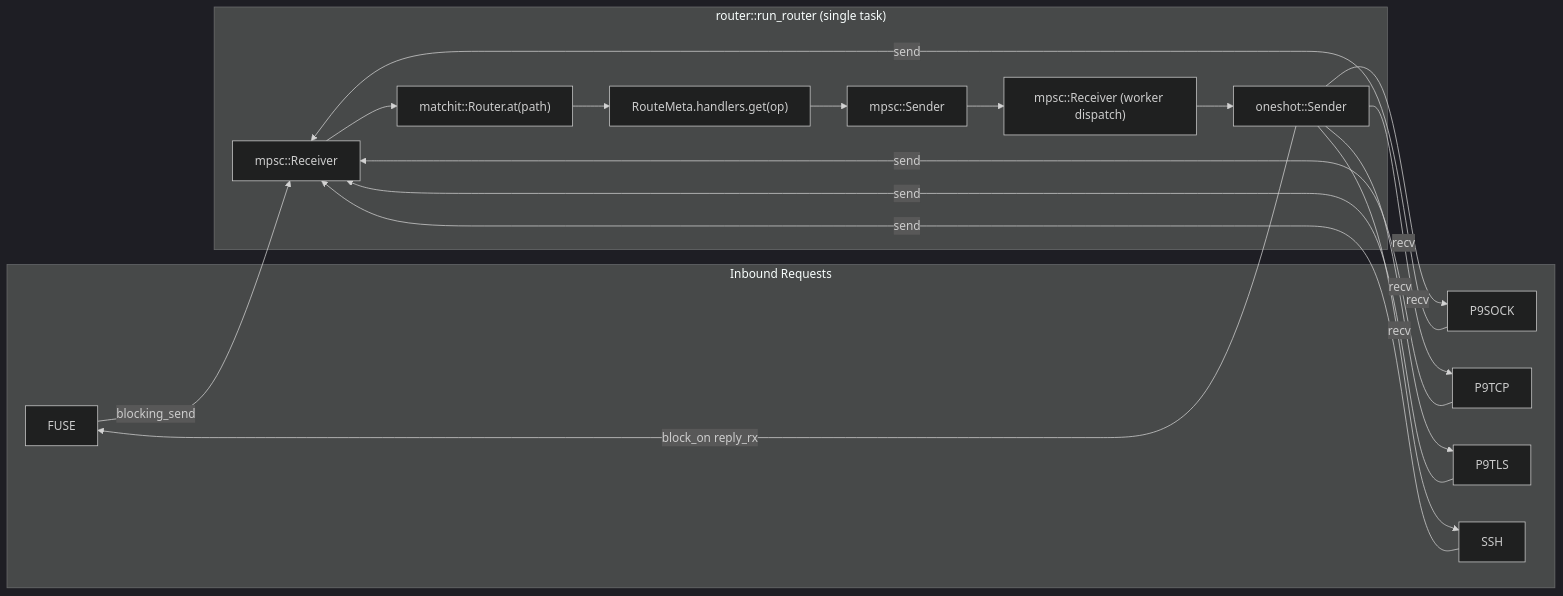
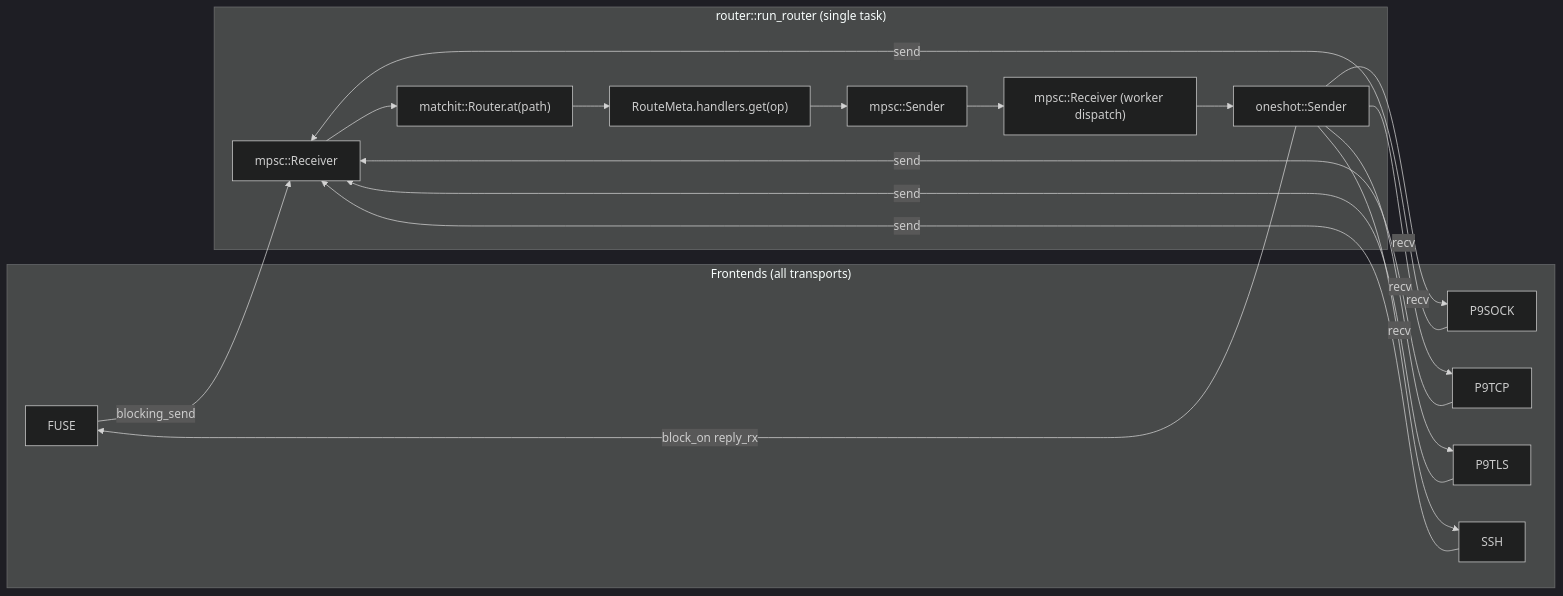
One commit to bubblegutz/pinhead changed the second of 9 diagrams in docs/ARCHITECTURE.md. Above: the diagram before and after it, drawn with Mermaid (dark theme). The commit also changed other lines of this file, not shown here.

````diff
--- a/docs/ARCHITECTURE.md
+++ b/docs/ARCHITECTURE.md
@@ -63,27 +63,27 @@
 ```mermaid
 flowchart LR
-    subgraph Frontends["Inbound Requests"]
+    subgraph Frontends["Frontends (all transports)"]
         FUSE
         P9SOCK
         P9TCP
         P9TLS
         SSH
     end
     subgraph Router["router::run_router (single task)"]
         RX["mpsc::Receiver<Request>"] --> MATCH["matchit::Router.at(path)"]
         MATCH --> HLOOKUP["RouteMeta.handlers.get(op)"]
         HLOOKUP --> HREQ["mpsc::Sender<HandlerRequest>"]
         HREQ --> WRX["mpsc::Receiver (worker dispatch)"]
         WRX --> ONESHOT["oneshot::Sender<Response>"]
     end
     FUSE -->|blocking_send| RX
     P9SOCK -->|send| RX
     P9TCP -->|send| RX
     P9TLS -->|send| RX
     SSH -->|send| RX
     ONESHOT -->|block_on reply_rx| FUSE
     ONESHOT -->|recv| P9SOCK
     ONESHOT -->|recv| P9TCP
     ONESHOT -->|recv| P9TLS
     ONESHOT -->|recv| SSH
 ```
````
